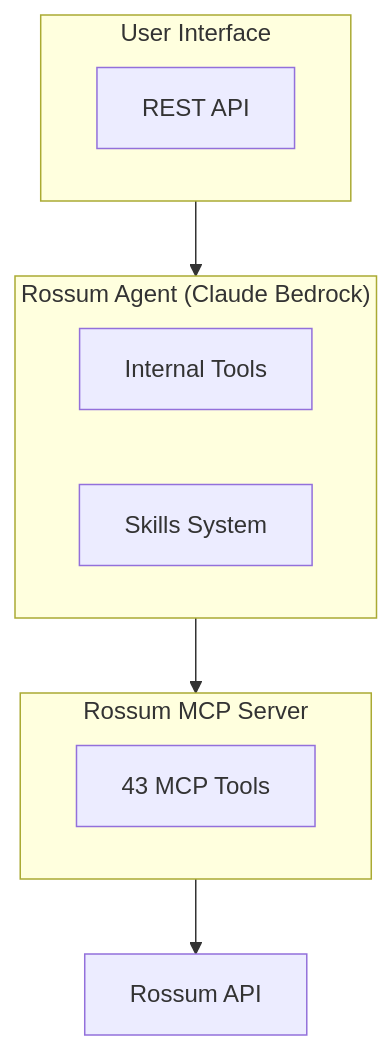
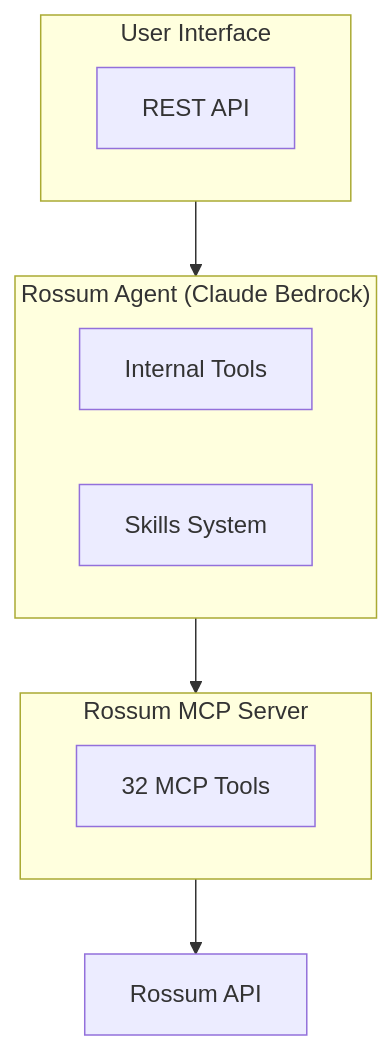
One commit to stancld/rossum-agents changed the diagram in rossum-agent/README.md. Above: the diagram before and after it, drawn with Mermaid. The commit also changed other lines of this file and 1 other file, not shown here.

Commit message:
rossum-agent: Fix MCP tool count

````diff
--- a/rossum-agent/README.md
+++ b/rossum-agent/README.md
@@ -181,21 +181,21 @@
 ```mermaid
 flowchart TB
     subgraph UI["User Interface"]
         A[REST API]
     end
 
     subgraph Agent["Rossum Agent (Claude Bedrock)"]
         IT[Internal Tools]
         SK[Skills System]
     end
 
     subgraph MCP["Rossum MCP Server"]
-        Tools[43 MCP Tools]
+        Tools[32 MCP Tools]
     end
 
     API[Rossum API]
 
     UI --> Agent
     Agent --> MCP
     MCP --> API
 ```
````
